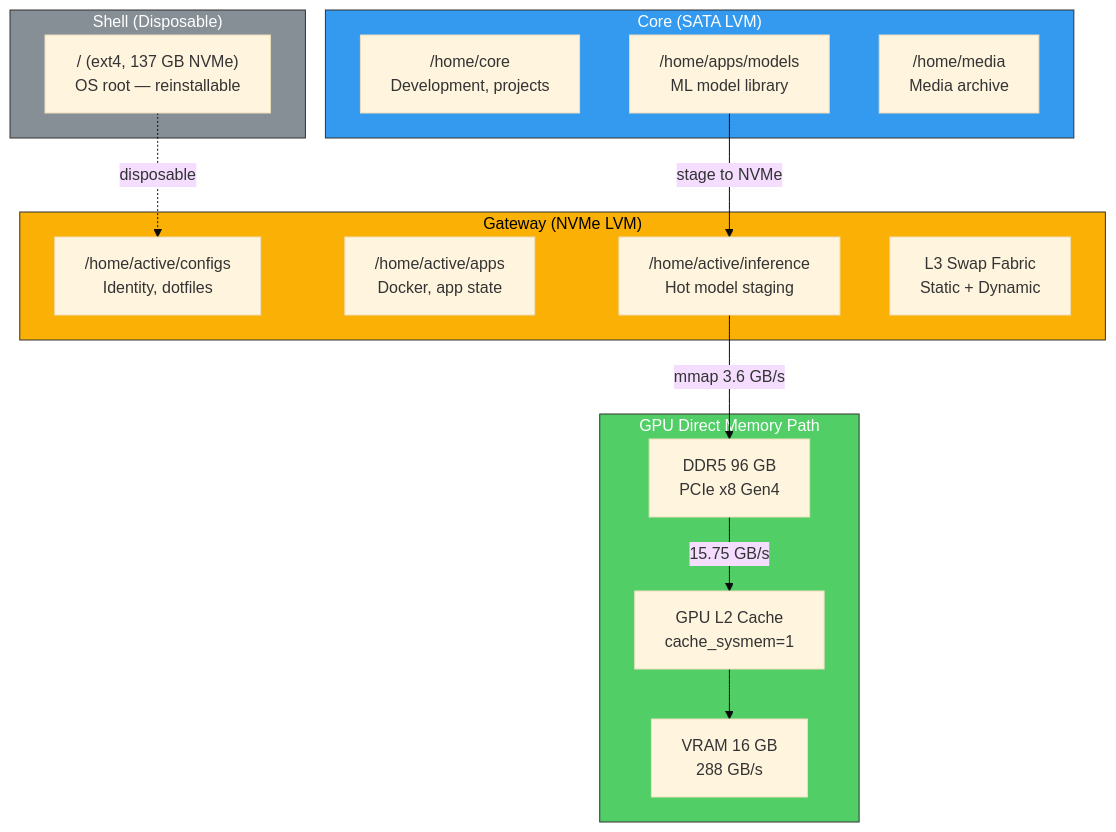
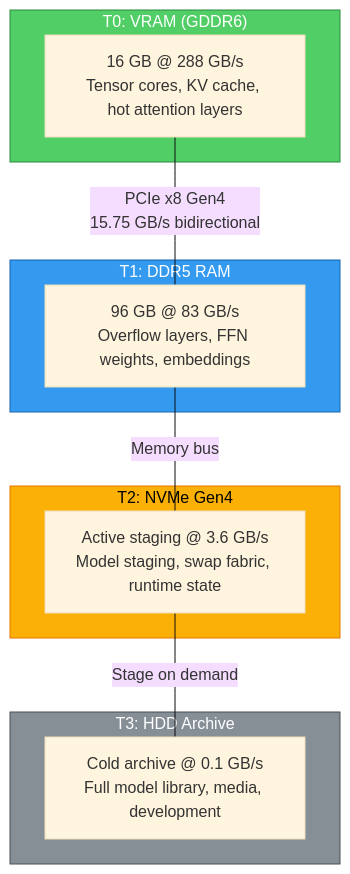
The first of 4 diagrams in README.md (AmeerJ97/project-host), drawn with Mermaid (base theme) before and after one commit. The commit also changed other lines of this file and 23 other files, not shown here.

````diff
--- a/README.md
+++ b/README.md
@@ -31,36 +34,27 @@
 ```mermaid
 graph TD
-    subgraph Shell ["Shell (Disposable)"]
-        ROOT["/ (ext4, 137 GB NVMe)<br>OS root — reinstallable"]
+    subgraph T0 ["T0: VRAM (GDDR6)"]
+        VRAM["16 GB @ 288 GB/s<br/>Tensor cores, KV cache, hot attention layers"]
     end
 
-    subgraph Gateway ["Gateway (NVMe LVM)"]
-        CONFIGS["/home/active/configs<br>Identity, dotfiles"]
-        APPS["/home/active/apps<br>Docker, app state"]
-        INFERENCE["/home/active/inference<br>Hot model staging"]
-        SWAP["L3 Swap Fabric<br>Static + Dynamic"]
+    subgraph T1 ["T1: DDR5 RAM"]
+        RAM["96 GB @ 83 GB/s<br/>Overflow layers, FFN weights, embeddings"]
     end
 
-    subgraph Core ["Core (SATA LVM)"]
-        DEV["/home/core<br>Development, projects"]
-        MODELS["/home/apps/models<br>ML model library"]
-        MEDIA["/home/media<br>Media archive"]
+    subgraph T2 ["T2: NVMe Gen4"]
+        NVME["Active staging @ 3.6 GB/s<br/>Model staging, swap fabric, runtime state"]
     end
 
-    subgraph GPU_Path ["GPU Direct Memory Path"]
-        VRAM["VRAM 16 GB<br>288 GB/s"]
-        L2["GPU L2 Cache<br>cache_sysmem=1"]
-        RAM["DDR5 96 GB<br>PCIe x8 Gen4"]
+    subgraph T3 ["T3: HDD Archive"]
+        HDD["Cold archive @ 0.1 GB/s<br/>Full model library, media, development"]
     end
 
-    ROOT -.->|"disposable"| CONFIGS
-    MODELS -->|"stage to NVMe"| INFERENCE
-    INFERENCE -->|"mmap 3.6 GB/s"| RAM
-    RAM -->|"15.75 GB/s"| L2
-    L2 --> VRAM
+    VRAM ---|"PCIe x8 Gen4<br/>15.75 GB/s bidirectional"| RAM
+    RAM ---|"Memory bus"| NVME
+    NVME ---|"Stage on demand"| HDD
 
-    style Shell fill:#868e96,stroke:#333,color:#fff
-    style Gateway fill:#fab005,stroke:#333,color:#000
-    style Core fill:#339af0,stroke:#333,color:#fff
-    style GPU_Path fill:#51cf66,stroke:#333,color:#fff
+    style T0 fill:#51cf66,stroke:#2b8a3e,color:#fff
+    style T1 fill:#339af0,stroke:#1864ab,color:#fff
+    style T2 fill:#fab005,stroke:#e67700,color:#000
+    style T3 fill:#868e96,stroke:#495057,color:#fff
 ```
````
